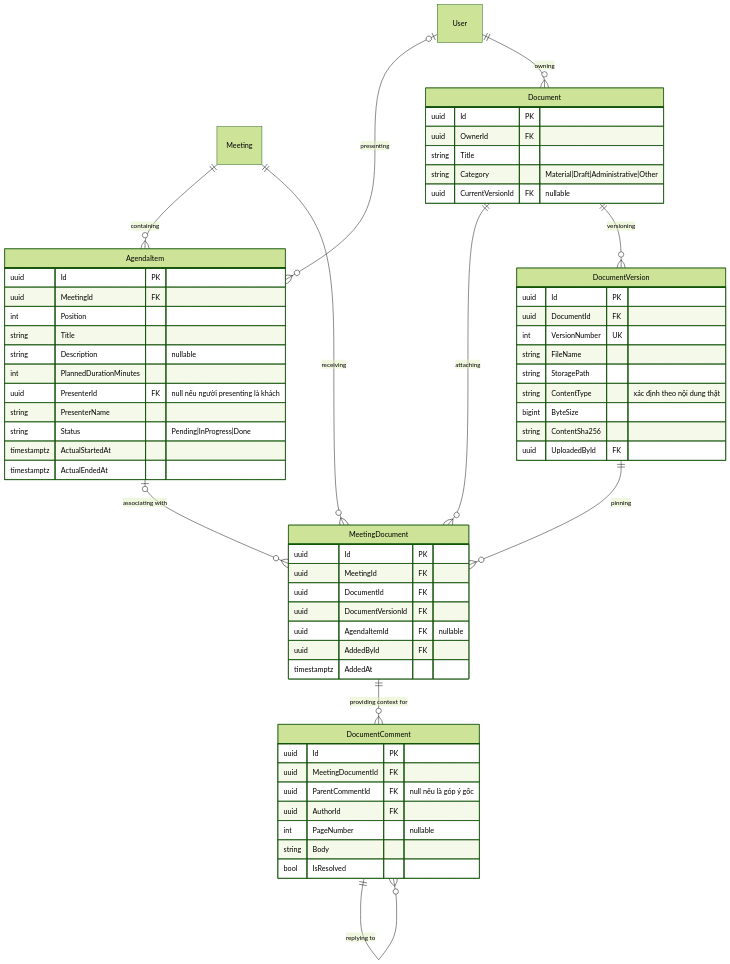
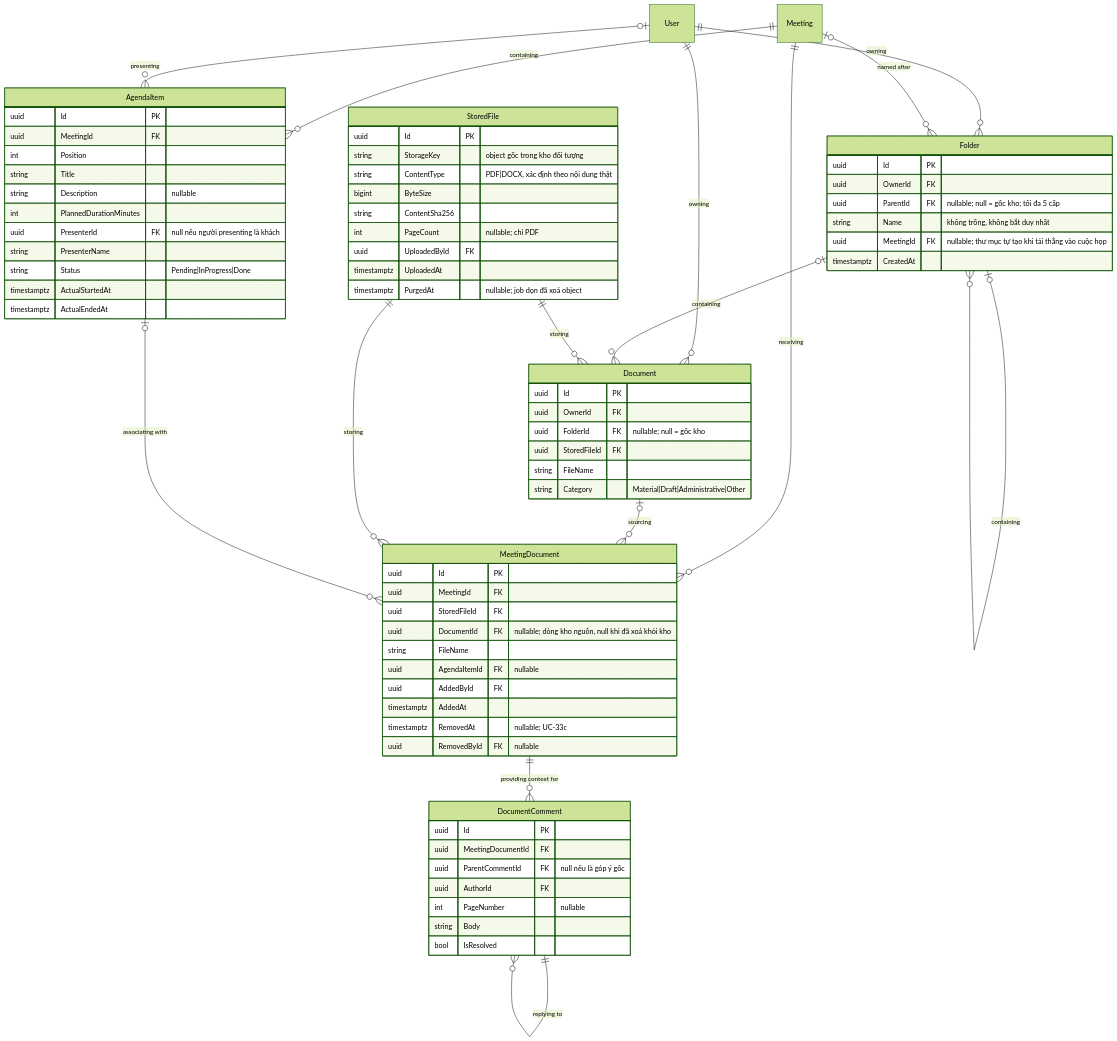
Before and after one commit to callmehai/FU-FA26-G116: the second of 6 diagrams in docs/02-design/02-erd.md, drawn with Mermaid (forest theme). The commit also changed other lines of this file and 30 other files, not shown here.

First line of the commit message:
[Doc]: Bỏ phiên bản tài liệu, kho và cuộc họp chỉ giữ tham chiếu file (ADR-0018)

````diff
--- a/docs/02-design/02-erd.md
+++ b/docs/02-design/02-erd.md
@@ -170,63 +171,79 @@
 ```mermaid
 erDiagram
     Meeting ||--o{ AgendaItem : "containing"
     User o|--o{ AgendaItem : "presenting"
     User ||--o{ Document : "owning"
+    User ||--o{ Folder : "owning"
+    Folder o|--o{ Folder : "containing"
+    Folder o|--o{ Document : "containing"
+    Meeting o|--o{ Folder : "named after"
     Meeting ||--o{ MeetingDocument : "receiving"
-    Document ||--o{ MeetingDocument : "attaching"
-    DocumentVersion ||--o{ MeetingDocument : "pinning"
+    Document o|--o{ MeetingDocument : "sourcing"
+    StoredFile ||--o{ Document : "storing"
+    StoredFile ||--o{ MeetingDocument : "storing"
     AgendaItem o|--o{ MeetingDocument : "associating with"
     MeetingDocument ||--o{ DocumentComment : "providing context for"
-    Document ||--o{ DocumentVersion : "versioning"
     DocumentComment ||--o{ DocumentComment : "replying to"
 
     AgendaItem {
         uuid Id PK
         uuid MeetingId FK
         int Position
         string Title
         string Description "nullable"
         int PlannedDurationMinutes
         uuid PresenterId FK "null nếu người presenting là khách"
         string PresenterName
         string Status "Pending|InProgress|Done"
         timestamptz ActualStartedAt
         timestamptz ActualEndedAt
     }
+    Folder {
+        uuid Id PK
+        uuid OwnerId FK
+        uuid ParentId FK "nullable; null = gốc kho; tối đa 5 cấp"
+        string Name "không trống, không bắt duy nhất"
+        uuid MeetingId FK "nullable; thư mục tự tạo khi tải thẳng vào cuộc họp"
+        timestamptz CreatedAt
+    }
     Document {
         uuid Id PK
         uuid OwnerId FK
-        string Title
+        uuid FolderId FK "nullable; null = gốc kho"
+        uuid StoredFileId FK
+        string FileName
         string Category "Material|Draft|Administrative|Other"
-        uuid CurrentVersionId FK "nullable"
     }
-    DocumentVersion {
+    StoredFile {
         uuid Id PK
-        uuid DocumentId FK
-        int VersionNumber UK
-        string FileName
-        string StoragePath
-        string ContentType "xác định theo nội dung thật"
+        string StorageKey "object gốc trong kho đối tượng"
+        string ContentType "PDF|DOCX, xác định theo nội dung thật"
         bigint ByteSize
         string ContentSha256
+        int PageCount "nullable; chỉ PDF"
         uuid UploadedById FK
+        timestamptz UploadedAt
+        timestamptz PurgedAt "nullable; job dọn đã xoá object"
     }
     MeetingDocument {
         uuid Id PK
         uuid MeetingId FK
-        uuid DocumentId FK
-        uuid DocumentVersionId FK
+        uuid StoredFileId FK
+        uuid DocumentId FK "nullable; dòng kho nguồn, null khi đã xoá khỏi kho"
+        string FileName
         uuid AgendaItemId FK "nullable"
         uuid AddedById FK
         timestamptz AddedAt
+        timestamptz RemovedAt "nullable; UC-33c"
+        uuid RemovedById FK "nullable"
     }
     DocumentComment {
         uuid Id PK
         uuid MeetingDocumentId FK
         uuid ParentCommentId FK "null nếu là góp ý gốc"
         uuid AuthorId FK
         int PageNumber "nullable"
         string Body
         bool IsResolved
     }
 ```
````
